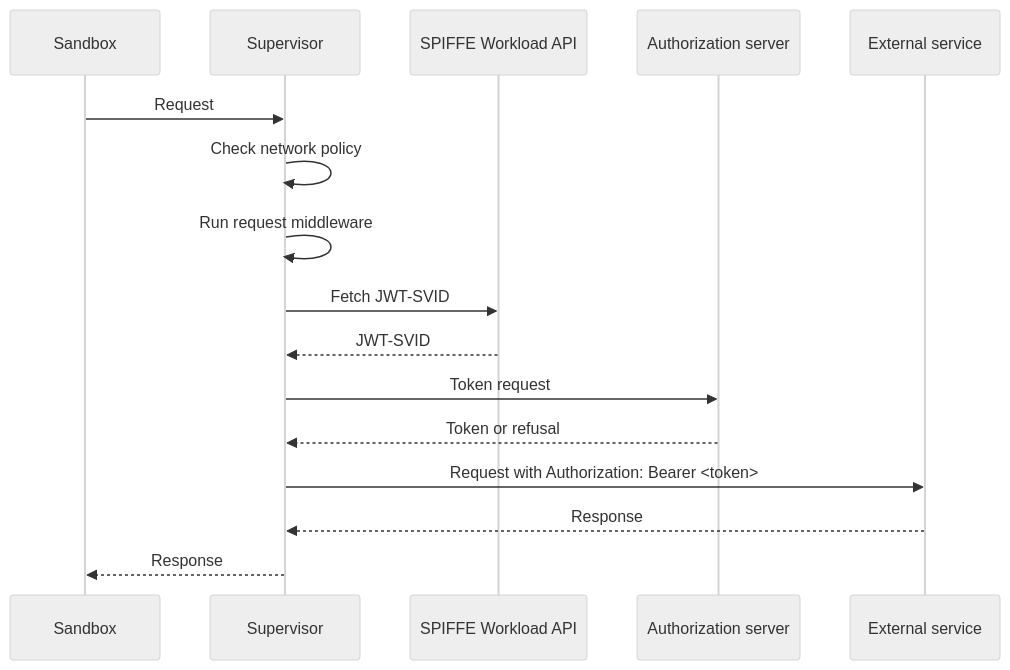
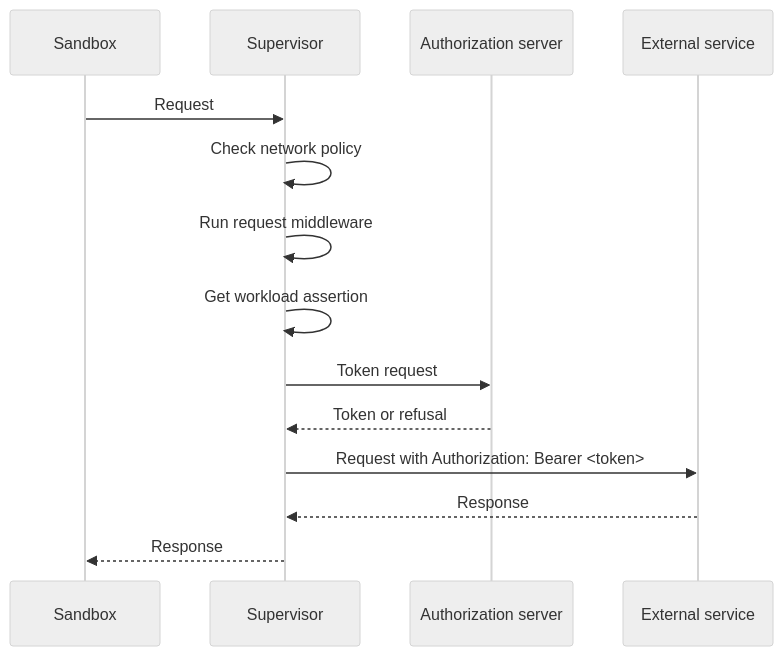
The diagram in docs/extensibility/delegated-credential-grants.mdx (keycard-sandbox/OpenShell), drawn with Mermaid (neutral theme) before and after one commit. The commit also changed other lines of this file and 2 other files, not shown here.

````diff
--- a/docs/extensibility/delegated-credential-grants.mdx
+++ b/docs/extensibility/delegated-credential-grants.mdx
@@ -27,19 +27,17 @@
 ```mermaid
 sequenceDiagram
   participant Sandbox
   participant Supervisor
-  participant SPIFFE as SPIFFE Workload API
   participant AS as Authorization server
   participant Service as External service
 
   Sandbox->>Supervisor: Request
   Supervisor->>Supervisor: Check network policy
   Supervisor->>Supervisor: Run request middleware
-  Supervisor->>SPIFFE: Fetch JWT-SVID
-  SPIFFE-->>Supervisor: JWT-SVID
+  Supervisor->>Supervisor: Get workload assertion
   Supervisor->>AS: Token request
   AS-->>Supervisor: Token or refusal
   Supervisor->>Service: Request with Authorization: Bearer <token>
   Service-->>Supervisor: Response
   Supervisor-->>Sandbox: Response
 ```
````
